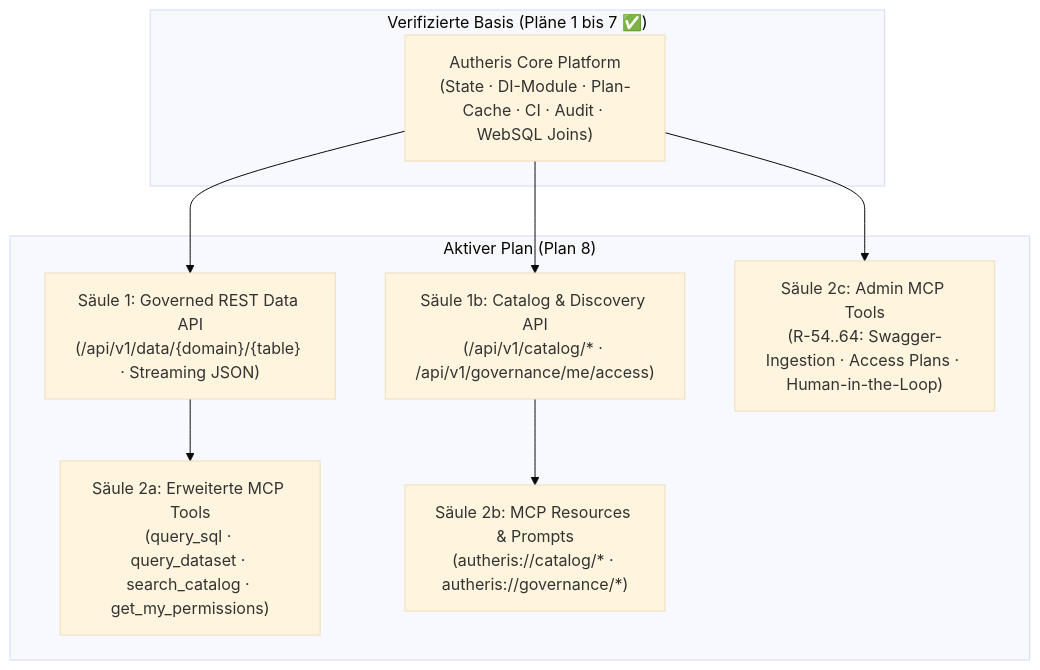
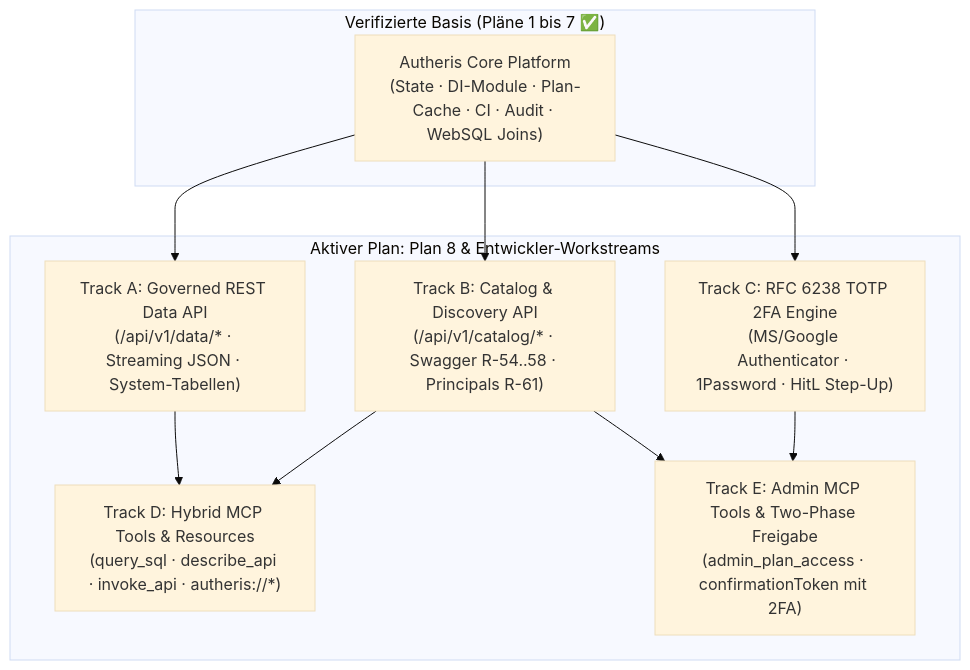
Before and after one commit to themulle/autheris: the diagram in docs/plans/00-gesamtplan-uebersicht.md, drawn with Mermaid (base theme). The commit also changed other lines of this file and 2 other files, not shown here.

Commit message:
docs: enrich architecture plan 8 with detailed developer workstreams and TDD specifications

````diff
--- a/docs/plans/00-gesamtplan-uebersicht.md
+++ b/docs/plans/00-gesamtplan-uebersicht.md
@@ -34,20 +35,22 @@
 ```mermaid
 flowchart TD
     subgraph Baseline["Verifizierte Basis (Pläne 1 bis 7 ✅)"]
         CORE["Autheris Core Platform<br/>(State · DI-Module · Plan-Cache · CI · Audit · WebSQL Joins)"]
     end
 
-    subgraph Active["Aktiver Plan (Plan 8)"]
-        REST_DATA["Säule 1: Governed REST Data API<br/>(/api/v1/data/{domain}/{table} · Streaming JSON)"]
-        CATALOG_API["Säule 1b: Catalog & Discovery API<br/>(/api/v1/catalog/* · /api/v1/governance/me/access)"]
-        MCP_TOOLS["Säule 2a: Erweiterte MCP Tools<br/>(query_sql · query_dataset · search_catalog · get_my_permissions)"]
-        MCP_RESOURCES["Säule 2b: MCP Resources & Prompts<br/>(autheris://catalog/* · autheris://governance/*)"]
-        MCP_ADMIN["Säule 2c: Admin MCP Tools<br/>(R-54..64: Swagger-Ingestion · Access Plans · Human-in-the-Loop)"]
+    subgraph Active["Aktiver Plan: Plan 8 & Entwickler-Workstreams"]
+        TRACK_A["Track A: Governed REST Data API<br/>(/api/v1/data/* · Streaming JSON · System-Tabellen)"]
+        TRACK_B["Track B: Catalog & Discovery API<br/>(/api/v1/catalog/* · Swagger R-54..58 · Principals R-61)"]
+        TRACK_C["Track C: RFC 6238 TOTP 2FA Engine<br/>(MS/Google Authenticator · 1Password · HitL Step-Up)"]
+        TRACK_D["Track D: Hybrid MCP Tools & Resources<br/>(query_sql · describe_api · invoke_api · autheris://*)"]
+        TRACK_E["Track E: Admin MCP Tools & Two-Phase Freigabe<br/>(admin_plan_access · confirmationToken mit 2FA)"]
     end
 
-    CORE --> REST_DATA
-    CORE --> CATALOG_API
-    REST_DATA --> MCP_TOOLS
-    CATALOG_API --> MCP_RESOURCES
-    CORE --> MCP_ADMIN
+    CORE --> TRACK_A
+    CORE --> TRACK_B
+    CORE --> TRACK_C
+    TRACK_A --> TRACK_D
+    TRACK_B --> TRACK_D
+    TRACK_B --> TRACK_E
+    TRACK_C --> TRACK_E
 ```
````
